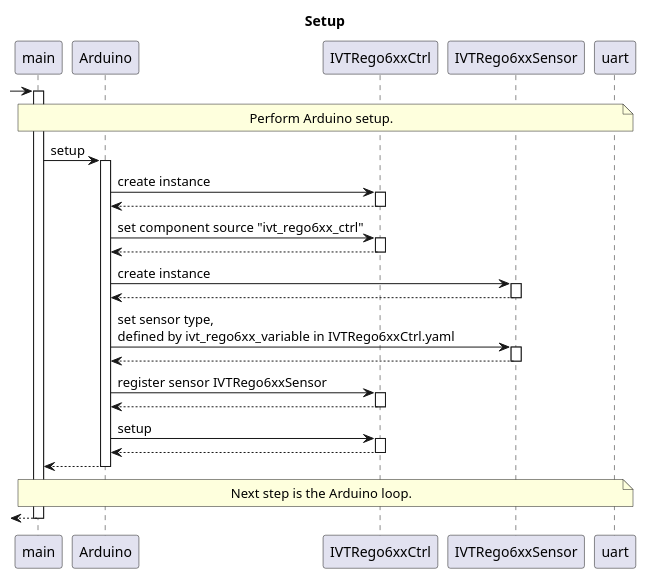
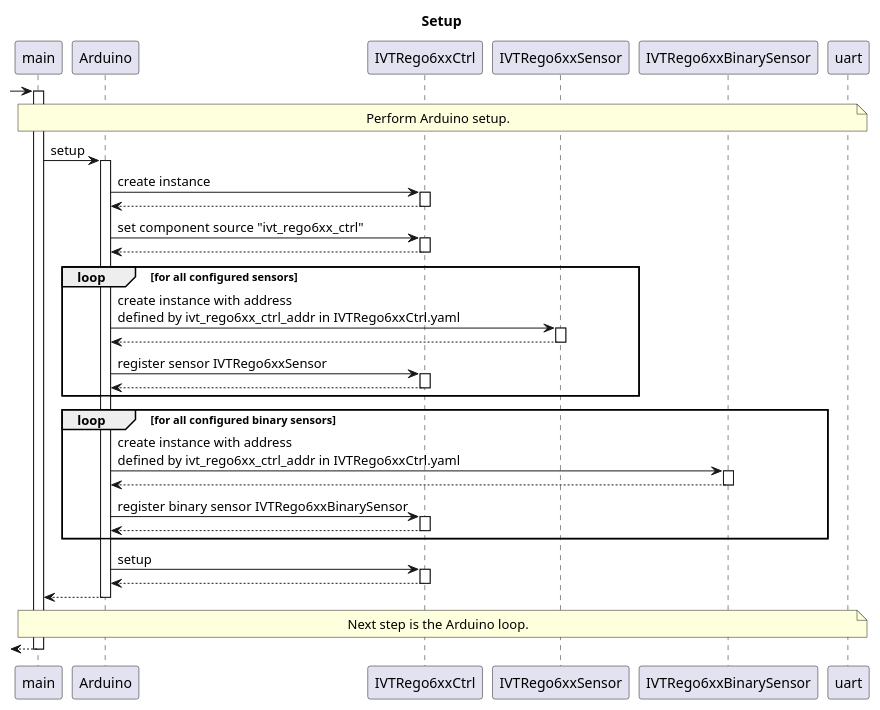
The diagram in doc/sw-architecture/setup.puml (BlueAndi/IVTRego6xxControl), drawn with PlantUML before and after one commit.

Commit message:
SW-Architecture setup updated.

```diff
--- a/doc/sw-architecture/setup.puml
+++ b/doc/sw-architecture/setup.puml
@@ -1,39 +1,49 @@
 @startuml setup
 
 title Setup
 
 participant "main" as main
 participant "Arduino" as arduino
 participant "IVTRego6xxCtrl" as ivtRego6xxCtrl
 participant "IVTRego6xxSensor" as ivtRego6xxSensor
+participant "IVTRego6xxBinarySensor" as ivtRego6xxBinarySensor
 
 autoactivate on
 
 -> main
 
     note over main,uart
         Perform Arduino setup.
     end note
 
     main -> arduino: setup
         arduino -> ivtRego6xxCtrl: create instance
         arduino <-- ivtRego6xxCtrl
         arduino -> ivtRego6xxCtrl: set component source "ivt_rego6xx_ctrl"
         arduino <-- ivtRego6xxCtrl
-        arduino -> ivtRego6xxSensor: create instance
-        arduino <-- ivtRego6xxSensor
-        arduino -> ivtRego6xxSensor: set sensor type,\ndefined by ivt_rego6xx_variable in IVTRego6xxCtrl.yaml
-        arduino <-- ivtRego6xxSensor
-        arduino -> ivtRego6xxCtrl: register sensor IVTRego6xxSensor
-        arduino <-- ivtRego6xxCtrl
+
+        loop for all configured sensors
+            arduino -> ivtRego6xxSensor: create instance with address\ndefined by ivt_rego6xx_ctrl_addr in IVTRego6xxCtrl.yaml
+            arduino <-- ivtRego6xxSensor
+            arduino -> ivtRego6xxCtrl: register sensor IVTRego6xxSensor
+            arduino <-- ivtRego6xxCtrl
+        end
+
+        loop for all configured binary sensors
+            arduino -> ivtRego6xxBinarySensor: create instance with address\ndefined by ivt_rego6xx_ctrl_addr in IVTRego6xxCtrl.yaml
+            arduino <-- ivtRego6xxBinarySensor
+            arduino -> ivtRego6xxCtrl: register binary sensor IVTRego6xxBinarySensor
+            arduino <-- ivtRego6xxCtrl
+        end
+
         arduino -> ivtRego6xxCtrl: setup
         arduino <-- ivtRego6xxCtrl
     main <-- arduino
 
     note over main,uart
         Next step is the Arduino loop.
     end note
 
 <-- main
 
 @enduml
```
